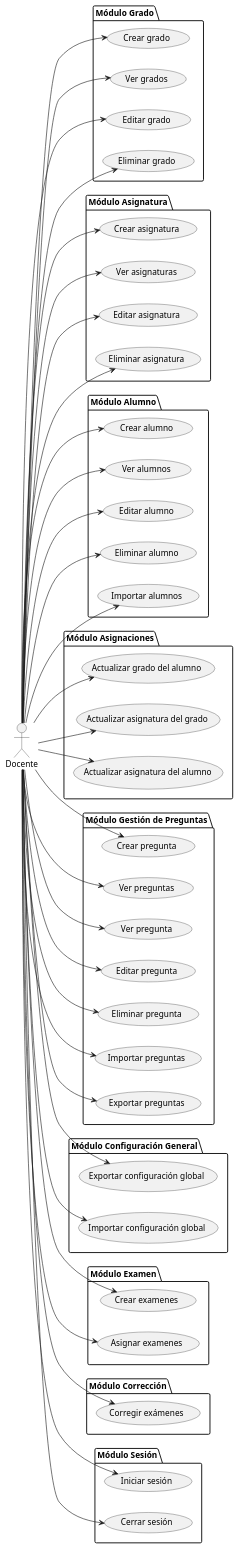
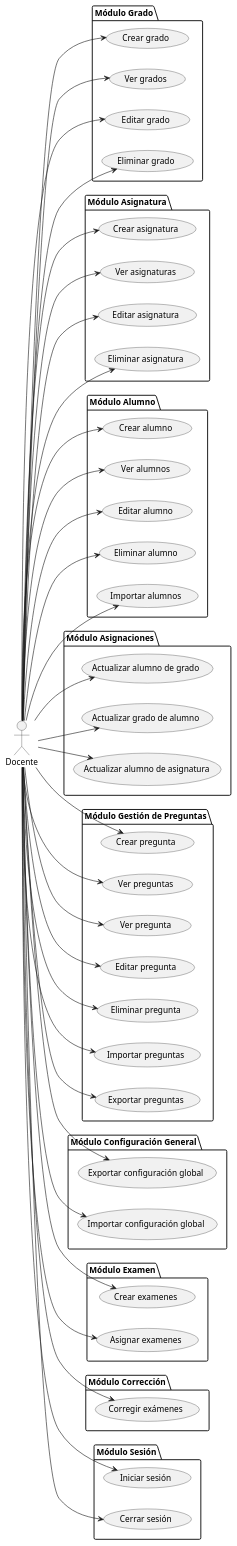
One commit to martinlopez7/25-26-IdSw1-SdR changed the diagram in documents/casos-de-uso/encontrarActoresYCasosDeUso/actoresYCasosDeUso-docente.puml. Above: the diagram before and after it, drawn with PlantUML. The commit also changed 3 other files, not shown here.

```diff
--- a/documents/casos-de-uso/encontrarActoresYCasosDeUso/actoresYCasosDeUso-docente.puml
+++ b/documents/casos-de-uso/encontrarActoresYCasosDeUso/actoresYCasosDeUso-docente.puml
@@ -1,96 +1,96 @@
 @startuml actoresYCasosDeUso-docente
 
 left to right direction
 
 actor "Docente" as doc
 
 package "Módulo Grado" {
   usecase "Crear grado" as UC1
   usecase "Ver grados" as UC2
   usecase "Editar grado" as UC3
   usecase "Eliminar grado" as UC4
 }
 
 package "Módulo Asignatura" {
   usecase "Crear asignatura" as UC5
   usecase "Ver asignaturas" as UC6
   usecase "Editar asignatura" as UC7
   usecase "Eliminar asignatura" as UC8
 }
 
 package "Módulo Alumno" {
   usecase "Crear alumno" as UC9
   usecase "Ver alumnos" as UC10
   usecase "Editar alumno" as UC11
   usecase "Eliminar alumno" as UC12
    usecase "Importar alumnos" as UC19
 }
 
 package "Módulo Asignaciones" {
-  usecase "Actualizar grado del alumno" as UC13
-  usecase "Actualizar asignatura del grado" as UC15
-  usecase "Actualizar asignatura del alumno" as UC17
+  usecase "Actualizar alumno de grado" as UC13
+  usecase "Actualizar grado de alumno" as UC15
+  usecase "Actualizar alumno de asignatura" as UC17
 }
 
 package "Módulo Gestión de Preguntas" {
   usecase "Crear pregunta" as UC20
   usecase "Ver preguntas" as UC21
   usecase "Ver pregunta" as UC30
   usecase "Editar pregunta" as UC22
   usecase "Eliminar pregunta" as UC23
   usecase "Importar preguntas" as UC24
   usecase "Exportar preguntas" as UC25
 }
 
 package "Módulo Configuración General" {
   usecase "Exportar configuración global" as UC26
   usecase "Importar configuración global" as UC27
 }
 
 package "Módulo Examen" {
   usecase "Crear examenes" as UC28
   usecase "Asignar examenes" as UC29
  
 }
 
 package "Módulo Corrección" {
   usecase "Corregir exámenes" as UC31
 }
 
 package "Módulo Sesión" {
   usecase "Iniciar sesión" as UC41
   usecase "Cerrar sesión" as UC42
 }
 
 doc --> UC1
 doc --> UC2
 doc --> UC3
 doc --> UC4
 doc --> UC5
 doc --> UC6
 doc --> UC7
 doc --> UC8
 doc --> UC9
 doc --> UC10
 doc --> UC11
 doc --> UC12
 doc --> UC13
 doc --> UC15
 doc --> UC17
 doc --> UC19
 doc --> UC20
 doc --> UC21
 doc --> UC22
 doc --> UC23
 doc --> UC24
 doc --> UC25
 doc --> UC26
 doc --> UC27
 doc --> UC28
 doc --> UC29
 doc --> UC30
 doc --> UC31
 doc --> UC41
 doc --> UC42
 
 @enduml
```
